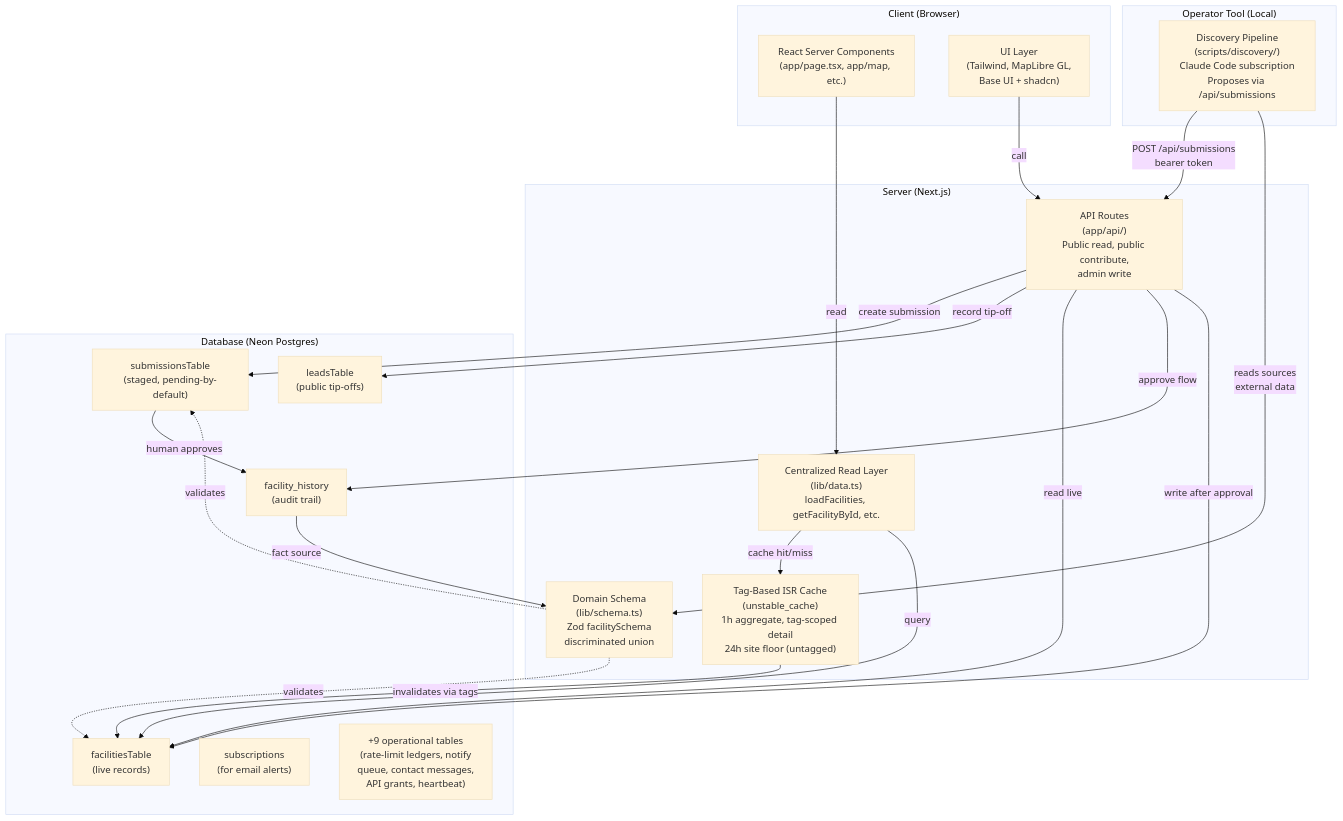
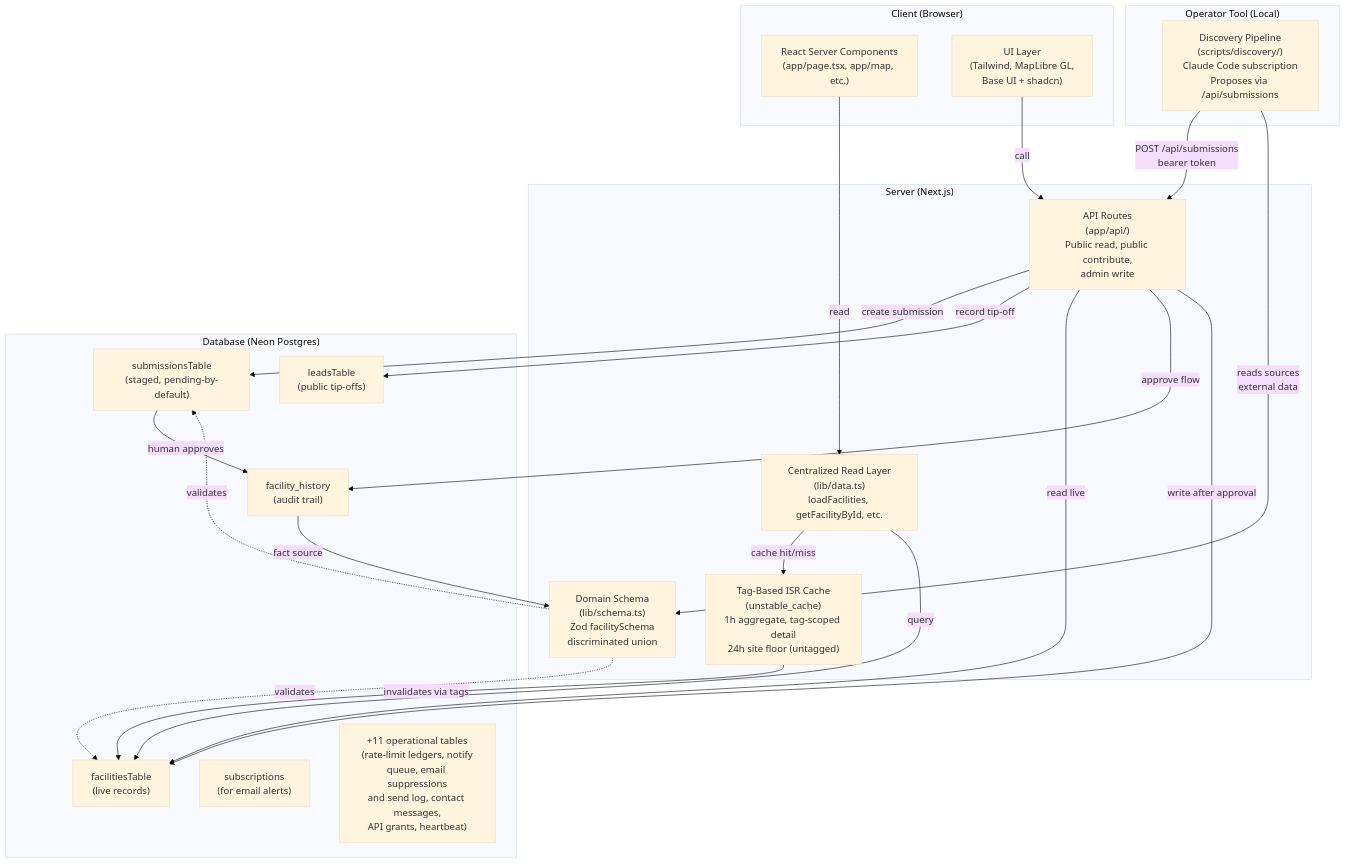
Before and after one commit to ek33450505/compute-atlas: the diagram in ARCHITECTURE.md, drawn with Mermaid (base theme). The commit also changed other lines of this file and 82 other files, not shown here.

First line of the commit message:
A-3: durable opt-outs, one accountable send gate, the email_sends ledger, and county/metro watches (#474)

````diff
--- a/ARCHITECTURE.md
+++ b/ARCHITECTURE.md
@@ -118,48 +118,48 @@
 ```mermaid
 graph TB
     subgraph "Client (Browser)"
         RSC["React Server Components<br/>(app/page.tsx, app/map, etc.)"]
         UI["UI Layer<br/>(Tailwind, MapLibre GL,<br/>Base UI + shadcn)"]
     end
 
     subgraph "Server (Next.js)"
         Data["Centralized Read Layer<br/>(lib/data.ts)<br/>loadFacilities, getFacilityById, etc."]
         Cache["Tag-Based ISR Cache<br/>(unstable_cache)<br/>1h aggregate, tag-scoped detail<br/>24h site floor (untagged)"]
         Schema["Domain Schema<br/>(lib/schema.ts)<br/>Zod facilitySchema<br/>discriminated union"]
         API["API Routes<br/>(app/api/)<br/>Public read, public contribute,<br/>admin write"]
     end
 
     subgraph "Database (Neon Postgres)"
         Live["facilitiesTable<br/>(live records)"]
         Submissions["submissionsTable<br/>(staged, pending-by-default)"]
         History["facility_history<br/>(audit trail)"]
         Subs["subscriptions<br/>(for email alerts)"]
         Leads["leadsTable<br/>(public tip-offs)"]
-        Ops["+9 operational tables<br/>(rate-limit ledgers, notify<br/>queue, contact messages,<br/>API grants, heartbeat)"]
+        Ops["+11 operational tables<br/>(rate-limit ledgers, notify<br/>queue, email suppressions<br/>and send log, contact messages,<br/>API grants, heartbeat)"]
     end
 
     subgraph "Operator Tool (Local)"
         Pipeline["Discovery Pipeline<br/>(scripts/discovery/)<br/>Claude Code subscription<br/>Proposes via /api/submissions"]
     end
 
     RSC -->|read| Data
     Data -->|cache hit/miss| Cache
     Data -->|query| Live
     Cache -->|invalidates via tags| Live
 
     UI -->|call| API
     API -->|create submission| Submissions
     API -->|record tip-off| Leads
     API -->|read live| Live
     API -->|approve flow| History
     API -->|write after approval| Live
 
     Submissions -->|human approves| History
     History -->|fact source| Schema
 
     Pipeline -->|POST /api/submissions<br/>bearer token| API
     Pipeline -->|reads sources<br/>external data| Schema
 
     Schema -.->|validates| Live
     Schema -.->|validates| Submissions
 ```
````
